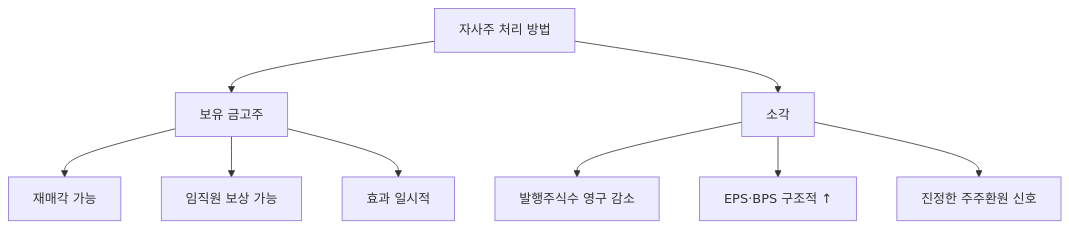
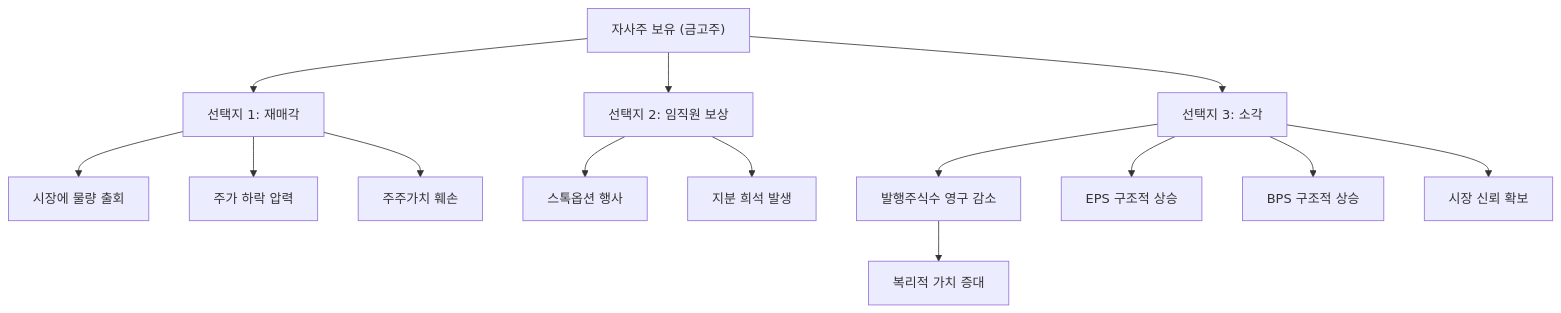
Before and after one commit to yeongseon/stock-visual-note: the diagram in content/stock-terms/ko/level-06-events/share-cancellation.md, drawn with Mermaid. The commit also changed other lines of this file and 2 other files, not shown here.

Commit message:
content: rewrite share-buyback, share-cancellation, special-dividend — richer diagrams, 4 misconceptions, deeper analysis

````diff
--- a/content/stock-terms/ko/level-06-events/share-cancellation.md
+++ b/content/stock-terms/ko/level-06-events/share-cancellation.md
@@ -39,12 +41,17 @@
 ```mermaid
 graph TD
-    A["자사주 처리 방법"]
-    A --> B["보유 금고주"]
-    A --> C["소각"]
-    B --> B1["재매각 가능"]
-    B --> B2["임직원 보상 가능"]
-    B --> B3["효과 일시적"]
-    C --> C1["발행주식수 영구 감소"]
-    C --> C2["EPS·BPS 구조적 ↑"]
-    C --> C3["진정한 주주환원 신호"]
+    A["자사주 보유 (금고주)"]
+    A --> B["선택지 1: 재매각"]
+    A --> C["선택지 2: 임직원 보상"]
+    A --> D["선택지 3: 소각"]
+    B --> B1["시장에 물량 출회"]
+    B --> B2["주가 하락 압력"]
+    B --> B3["주주가치 훼손"]
+    C --> C1["스톡옵션 행사"]
+    C --> C2["지분 희석 발생"]
+    D --> D1["발행주식수 영구 감소"]
+    D --> D2["EPS 구조적 상승"]
+    D --> D3["BPS 구조적 상승"]
+    D --> D4["시장 신뢰 확보"]
+    D1 --> E["복리적 가치 증대"]
 ```
````
